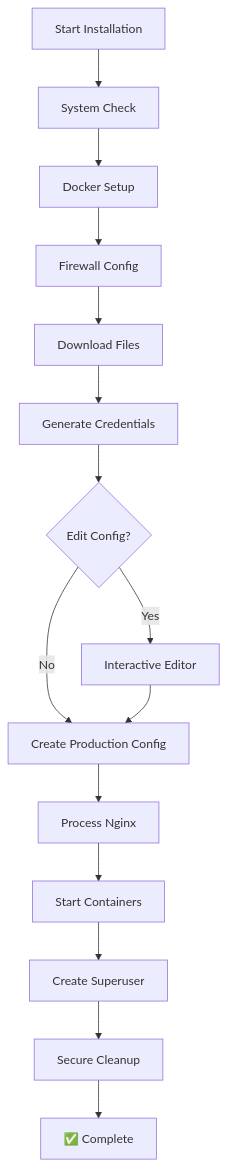
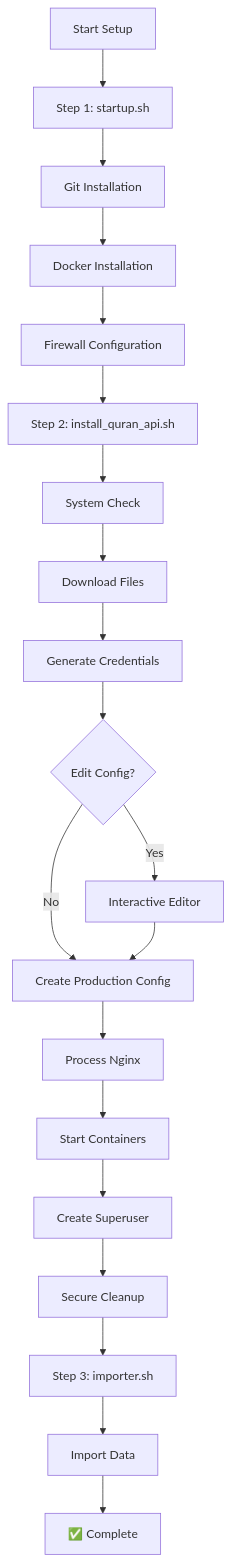
One commit to natiq-foundation/nq-scripts changed the diagram in bash_scripts/README.md. Above: the diagram before and after it, drawn with Mermaid. The commit also changed other lines of this file, not shown here.

````diff
--- a/bash_scripts/README.md
+++ b/bash_scripts/README.md
@@ -126,17 +146,22 @@
 ```mermaid
 graph TD
-    A[Start Installation] --> B[System Check]
-    B --> C[Docker Setup]
-    C --> D[Firewall Config]
-    D --> E[Download Files]
-    E --> F[Generate Credentials]
-    F --> G{Edit Config?}
-    G -->|Yes| H[Interactive Editor]
-    G -->|No| I[Create Production Config]
-    H --> I
-    I --> J[Process Nginx]
-    J --> K[Start Containers]
-    K --> L[Create Superuser]
-    L --> M[Secure Cleanup]
-    M --> N[✅ Complete]
+    A[Start Setup] --> B[Step 1: startup.sh]
+    B --> C[Git Installation]
+    C --> D[Docker Installation]
+    D --> E[Firewall Configuration]
+    E --> F[Step 2: install_quran_api.sh]
+    F --> G[System Check]
+    G --> H[Download Files]
+    H --> I[Generate Credentials]
+    I --> J{Edit Config?}
+    J -->|Yes| K[Interactive Editor]
+    J -->|No| L[Create Production Config]
+    K --> L
+    L --> M[Process Nginx]
+    M --> N[Start Containers]
+    N --> O[Create Superuser]
+    O --> P[Secure Cleanup]
+    P --> Q[Step 3: importer.sh]
+    Q --> R[Import Data]
+    R --> S[✅ Complete]
 ```
````
